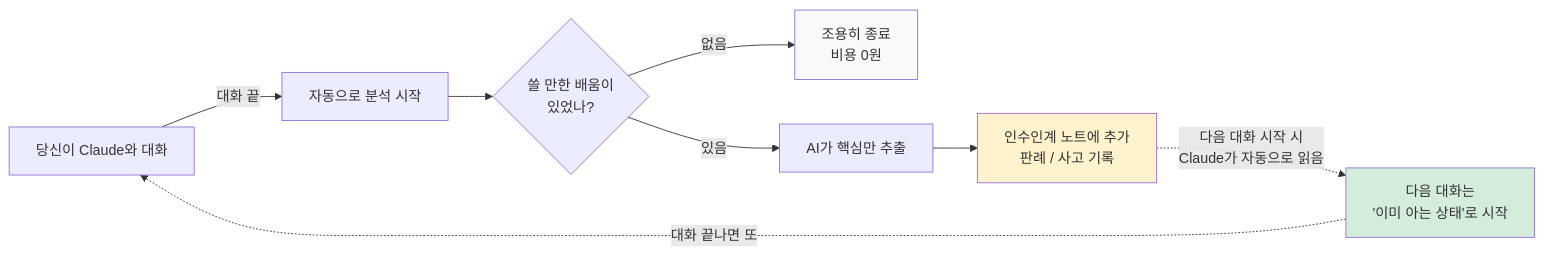
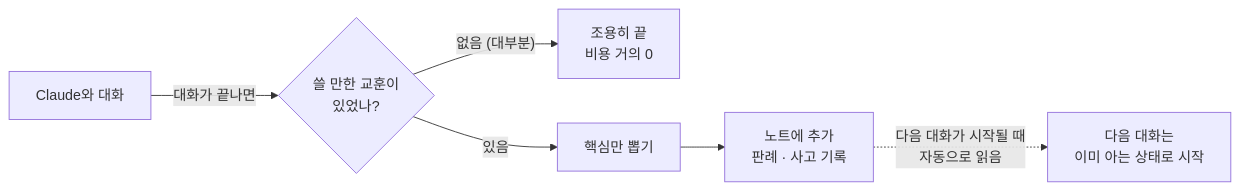
One commit to parksubeom/claude-distill changed the first of 2 diagrams in README.md. Above: the diagram before and after it, drawn with Mermaid. The commit also changed other lines of this file, not shown here.

````diff
--- a/README.md
+++ b/README.md
@@ -34,13 +25,8 @@
 ```mermaid
 flowchart LR
-    A[당신이 Claude와 대화] -->|대화 끝| B[자동으로 분석 시작]
-    B --> C{쓸 만한 배움이<br/>있었나?}
-    C -->|없음| X[조용히 종료<br/>비용 0원]
-    C -->|있음| D[AI가 핵심만 추출]
-    D --> E[인수인계 노트에 추가<br/>판례 / 사고 기록]
-    E -.다음 대화 시작 시<br/>Claude가 자동으로 읽음.-> F[다음 대화는<br/>'이미 아는 상태'로 시작]
-    F -.대화 끝나면 또.-> A
-    style F fill:#d4edda
-    style E fill:#fff3cd
-    style X fill:#f8f9fa
+  talk["Claude와 대화"] -- "대화가 끝나면" --> check{"쓸 만한 교훈이<br/>있었나?"}
+  check -- "없음 (대부분)" --> stop["조용히 끝<br/>비용 거의 0"]
+  check -- "있음" --> extract["핵심만 뽑기"]
+  extract --> note["노트에 추가<br/>판례 · 사고 기록"]
+  note -. "다음 대화가 시작될 때<br/>자동으로 읽음" .-> next["다음 대화는<br/>이미 아는 상태로 시작"]
 ```
````
